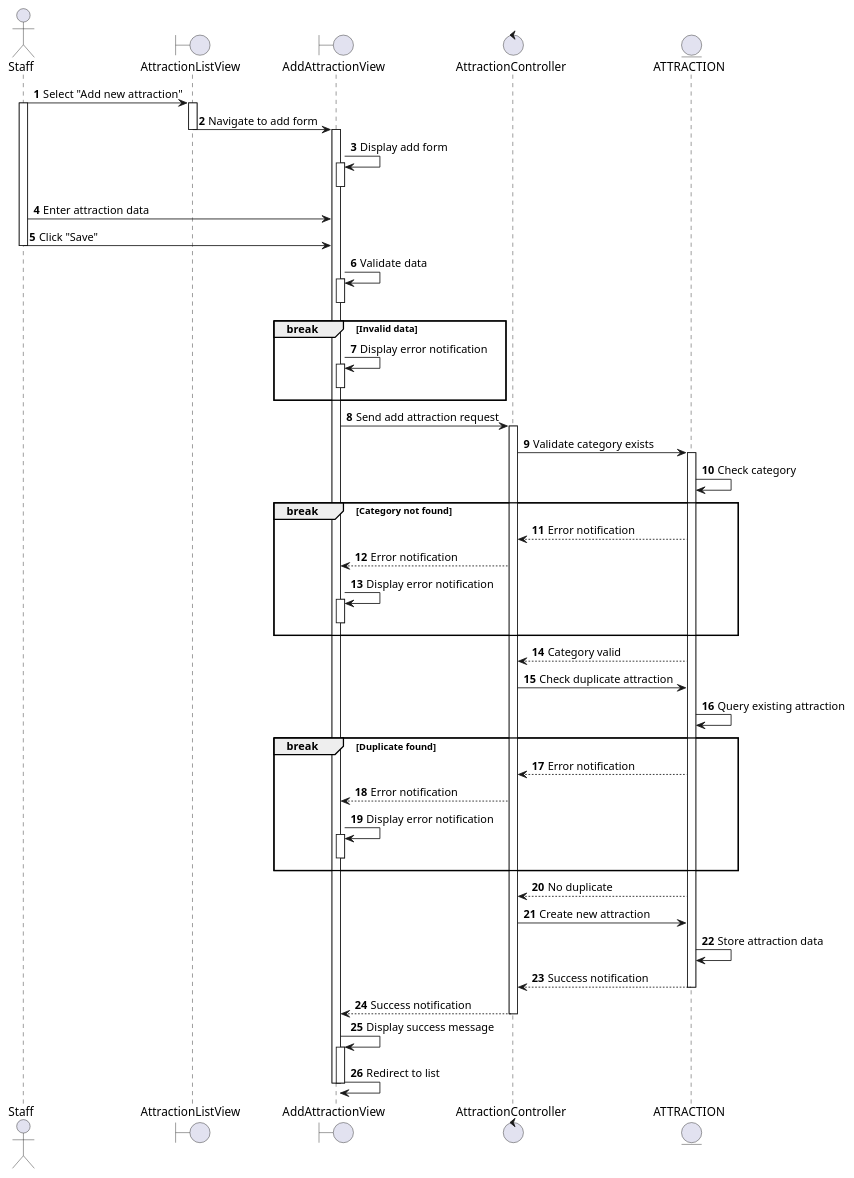
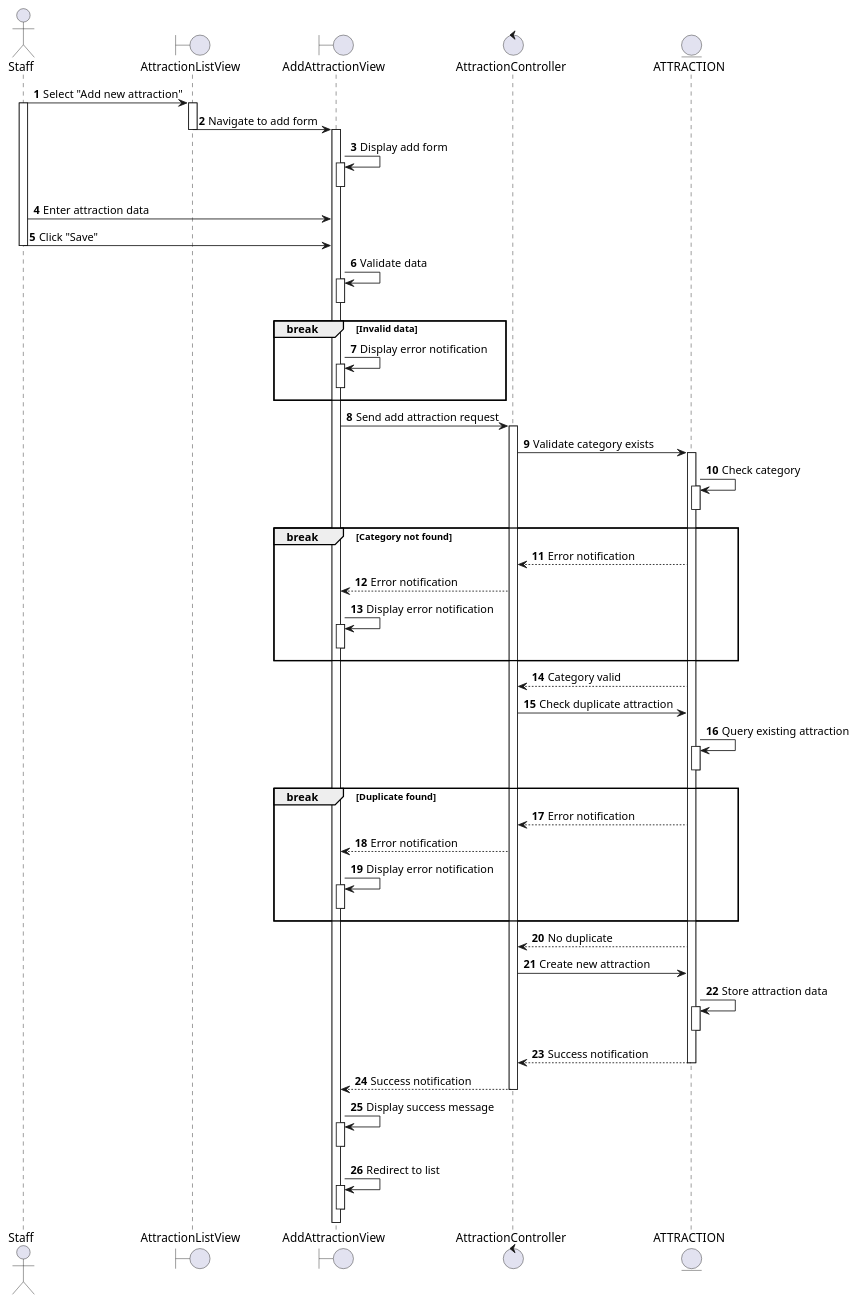
One commit to se113-wm/se113-wm.github.io changed the diagram in docs/docs/sequence/manage-attraction/add-new-attraction.md. Above: the diagram before and after it, drawn with PlantUML. The commit also changed 37 other files, not shown here.

First line of the commit message:
Refactor sequence diagrams for booking and trip management

```diff
--- a/docs/docs/sequence/manage-attraction/add-new-attraction.md
+++ b/docs/docs/sequence/manage-attraction/add-new-attraction.md
@@ -38,6 +38,9 @@
 AC -> ATR: Validate category exists
 activate ATR
 ATR -> ATR: Check category
+activate ATR
+deactivate ATR
+
 
 break Category not found
   AC <-- ATR: Error notification
@@ -50,6 +53,9 @@
 AC <-- ATR: Category valid
 AC -> ATR: Check duplicate attraction
 ATR -> ATR: Query existing attraction
+activate ATR
+deactivate ATR
+
 
 break Duplicate found
   AC <-- ATR: Error notification
@@ -62,14 +68,17 @@
 AC <-- ATR: No duplicate
 AC -> ATR: Create new attraction
 ATR -> ATR: Store attraction data
+activate ATR
+deactivate ATR
 AC <-- ATR: Success notification
 deactivate ATR
 AAV <-- AC: Success notification
 deactivate AC
 AAV -> AAV: Display success message
 activate AAV
+deactivate AAV
 AAV -> AAV: Redirect to list
-deactivate AAV
+activate AAV
 deactivate AAV
 
 @enduml
```
